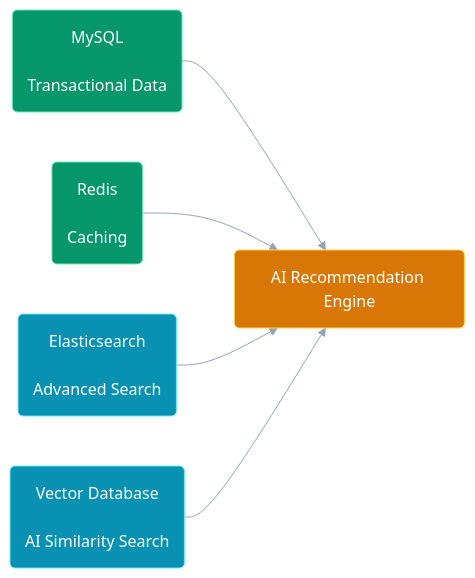
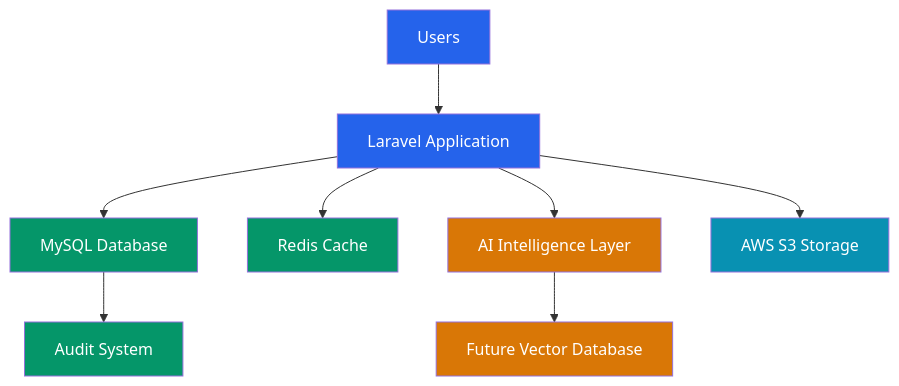
Diagram 16 of 16 in documentation/04-database-design.md (kupiMZS/CareerIQ-AI), drawn with Mermaid before and after one commit. The commit also changed other lines of this file and 9 other files, not shown here.

Commit message:
docs: finalize complete system documentation and architecture foundation

````diff
--- a/documentation/04-database-design.md
+++ b/documentation/04-database-design.md
@@ -2301,54 +3489,65 @@
 ```mermaid
-%%{init:{
-'theme':'base',
-'themeVariables':{
-'fontFamily':'Inter',
-'lineColor':'#94A3B8'
-}
-}}%%
+flowchart TB
 
 
-flowchart LR
+USER["Users"]
 
 
-MYSQL("MySQL<br/><br/>Transactional Data")
+APP["Laravel Application"]
 
 
-REDIS("Redis<br/><br/>Caching")
+MYSQL["MySQL Database"]
 
 
-SEARCH("Elasticsearch<br/><br/>Advanced Search")
+REDIS["Redis Cache"]
 
 
-VECTOR("Vector Database<br/><br/>AI Similarity Search")
+AI["AI Intelligence Layer"]
 
 
-AI("AI Recommendation Engine")
+VECTOR["Future Vector Database"]
+
+
+S3["AWS S3 Storage"]
+
+
+AUDIT["Audit System"]
 
 
 
-MYSQL --> AI
+USER --> APP
 
-REDIS --> AI
 
-SEARCH --> AI
+APP --> MYSQL
 
-VECTOR --> AI
+APP --> REDIS
+
+APP --> AI
+
+APP --> S3
+
+
+MYSQL --> AUDIT
+
+AI --> VECTOR
 
 
 
-classDef database fill:#059669,stroke:#6EE7B7,color:#FFFFFF;
+classDef application fill:#2563EB,color:white;
 
-classDef search fill:#0891B2,stroke:#67E8F9,color:#FFFFFF;
+classDef database fill:#059669,color:white;
 
-classDef ai fill:#D97706,stroke:#FCD34D,color:#FFFFFF;
+classDef ai fill:#D97706,color:white;
+
+classDef storage fill:#0891B2,color:white;
 
 
+class USER,APP application;
 
-class MYSQL,REDIS database;
+class MYSQL,REDIS,AUDIT database;
 
-class SEARCH,VECTOR search;
+class AI,VECTOR ai;
 
-class AI ai;
+class S3 storage;
 
 ```
````
